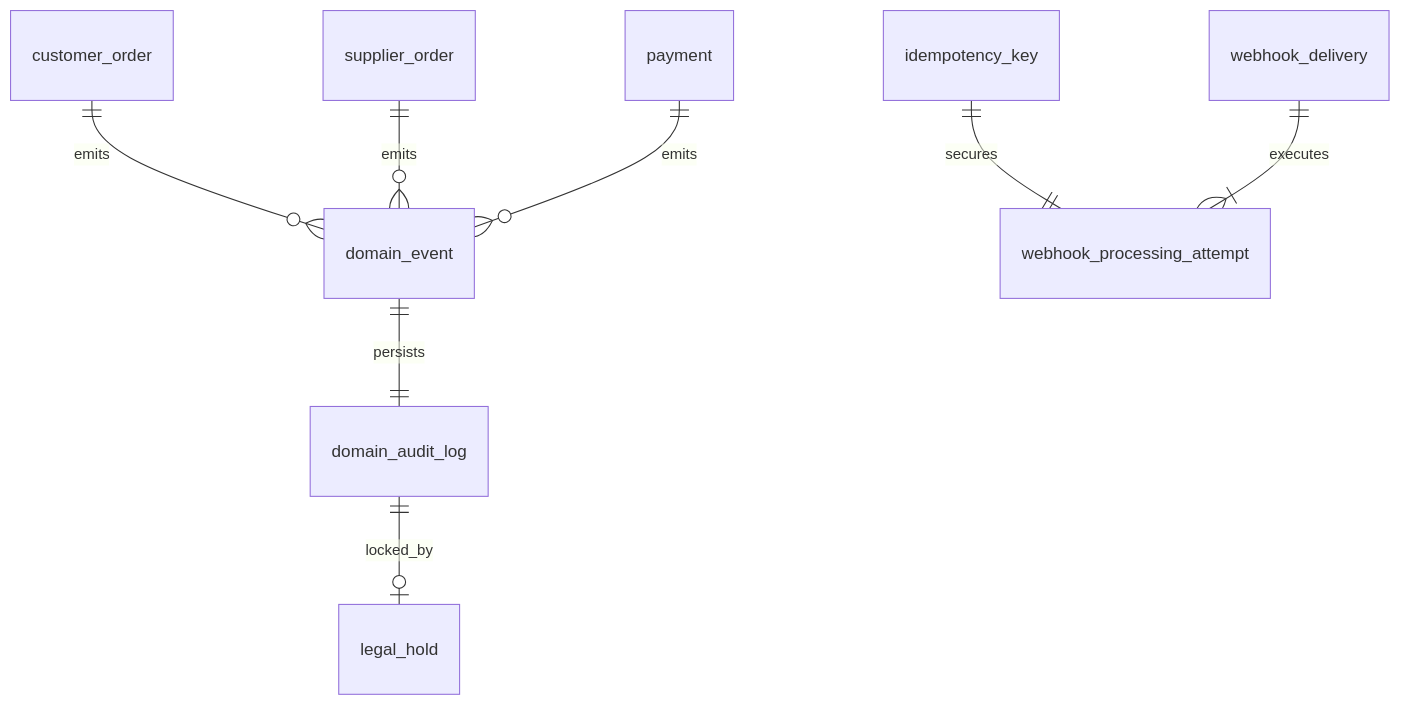
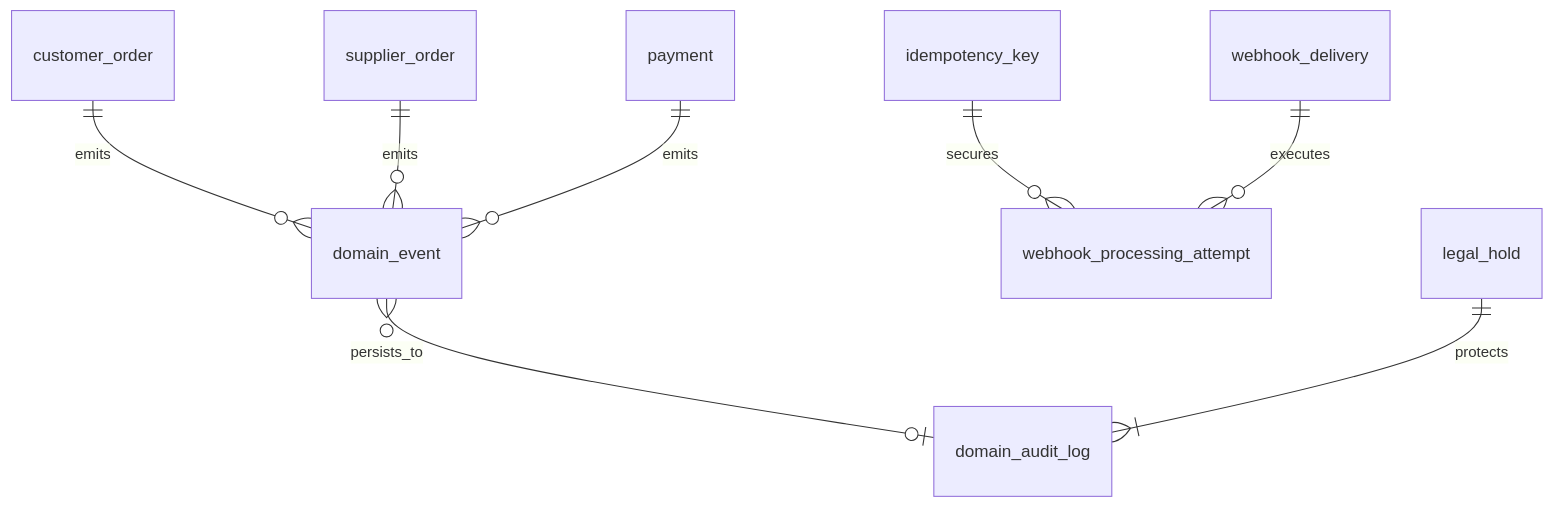
Before and after one commit to pfipl1975/logimarket_marketplace: the fourth of 4 diagrams in docs/data-model/lm-drop-data-model-56b0-logical-erd.md, drawn with Mermaid. The commit also changed other lines of this file and 1 other file, not shown here.

Commit message:
docs(data-model): complete entity catalog and logical ERD

````diff
--- a/docs/data-model/lm-drop-data-model-56b0-logical-erd.md
+++ b/docs/data-model/lm-drop-data-model-56b0-logical-erd.md
@@ -109,13 +111,13 @@
 ```mermaid
 erDiagram
     customer_order ||--o{ domain_event : emits
     supplier_order ||--o{ domain_event : emits
     payment ||--o{ domain_event : emits
 
-    domain_event ||--|| domain_audit_log : persists
+    domain_event }o--o| domain_audit_log : persists_to
 
-    idempotency_key ||--|| webhook_processing_attempt : secures
-    webhook_delivery ||--|{ webhook_processing_attempt : executes
+    idempotency_key ||--o{ webhook_processing_attempt : secures
+    webhook_delivery ||--o{ webhook_processing_attempt : executes
 
-    domain_audit_log ||--o| legal_hold : locked_by
+    legal_hold ||--|{ domain_audit_log : protects
 ```
````
